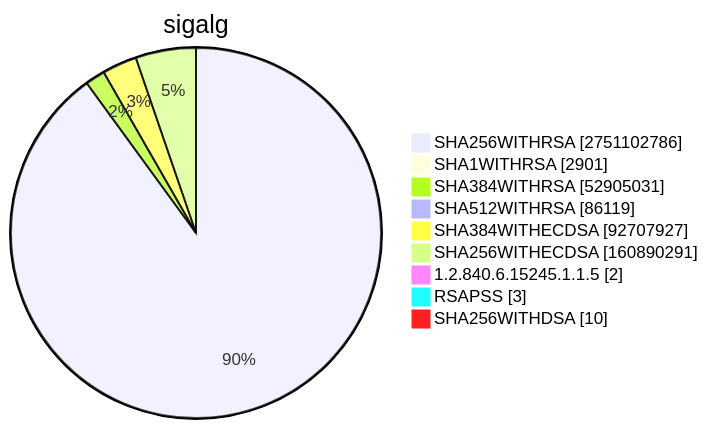
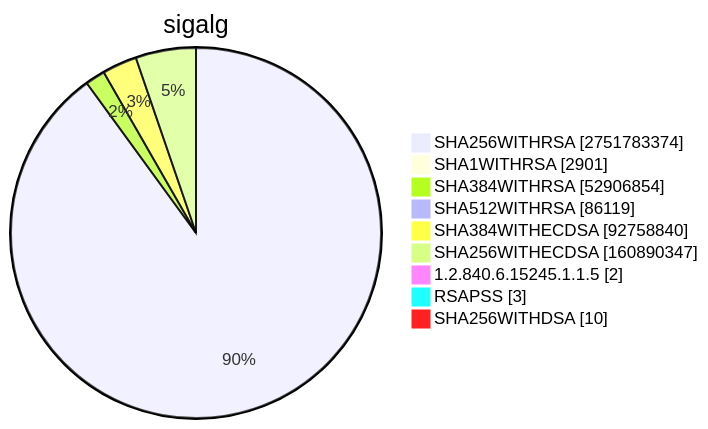
Before and after one commit to christiankrug/ctmonitor_visualization: diagram 15 of 15 in TOTAL/README.md, drawn with Mermaid. The commit also changed other lines of this file, not shown here.

````diff
--- a/TOTAL/README.md
+++ b/TOTAL/README.md
@@ -6207,13 +6207,13 @@
 ```mermaid
 pie showData
 title sigalg
-"SHA256WITHRSA" :2751102786
+"SHA256WITHRSA" :2751783374
 "SHA1WITHRSA" :2901
-"SHA384WITHRSA" :52905031
+"SHA384WITHRSA" :52906854
 "SHA512WITHRSA" :86119
-"SHA384WITHECDSA" :92707927
-"SHA256WITHECDSA" :160890291
+"SHA384WITHECDSA" :92758840
+"SHA256WITHECDSA" :160890347
 "1.2.840.6.15245.1.1.5" :2
 "RSAPSS" :3
 "SHA256WITHDSA" :10
 ```
````
